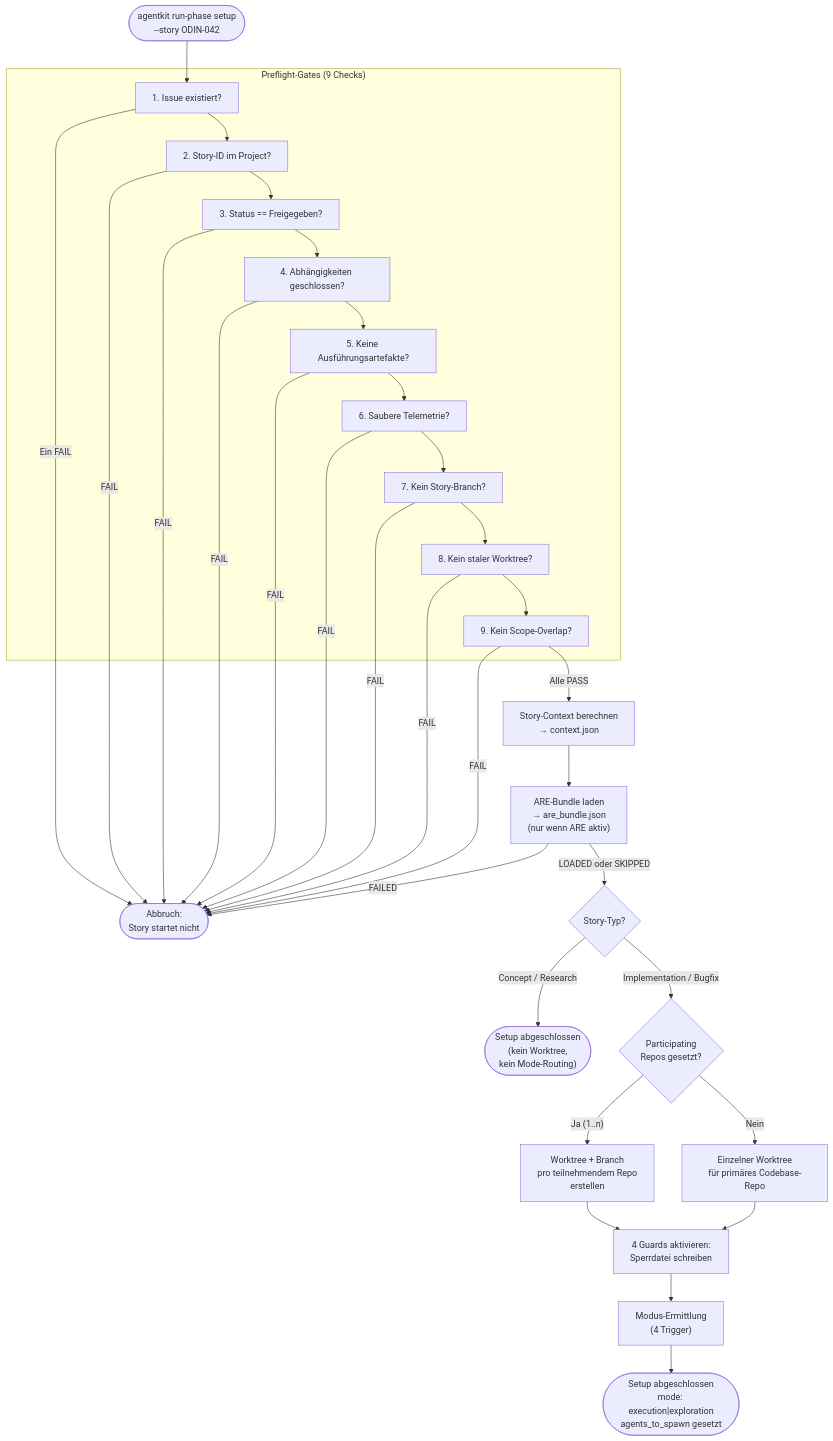
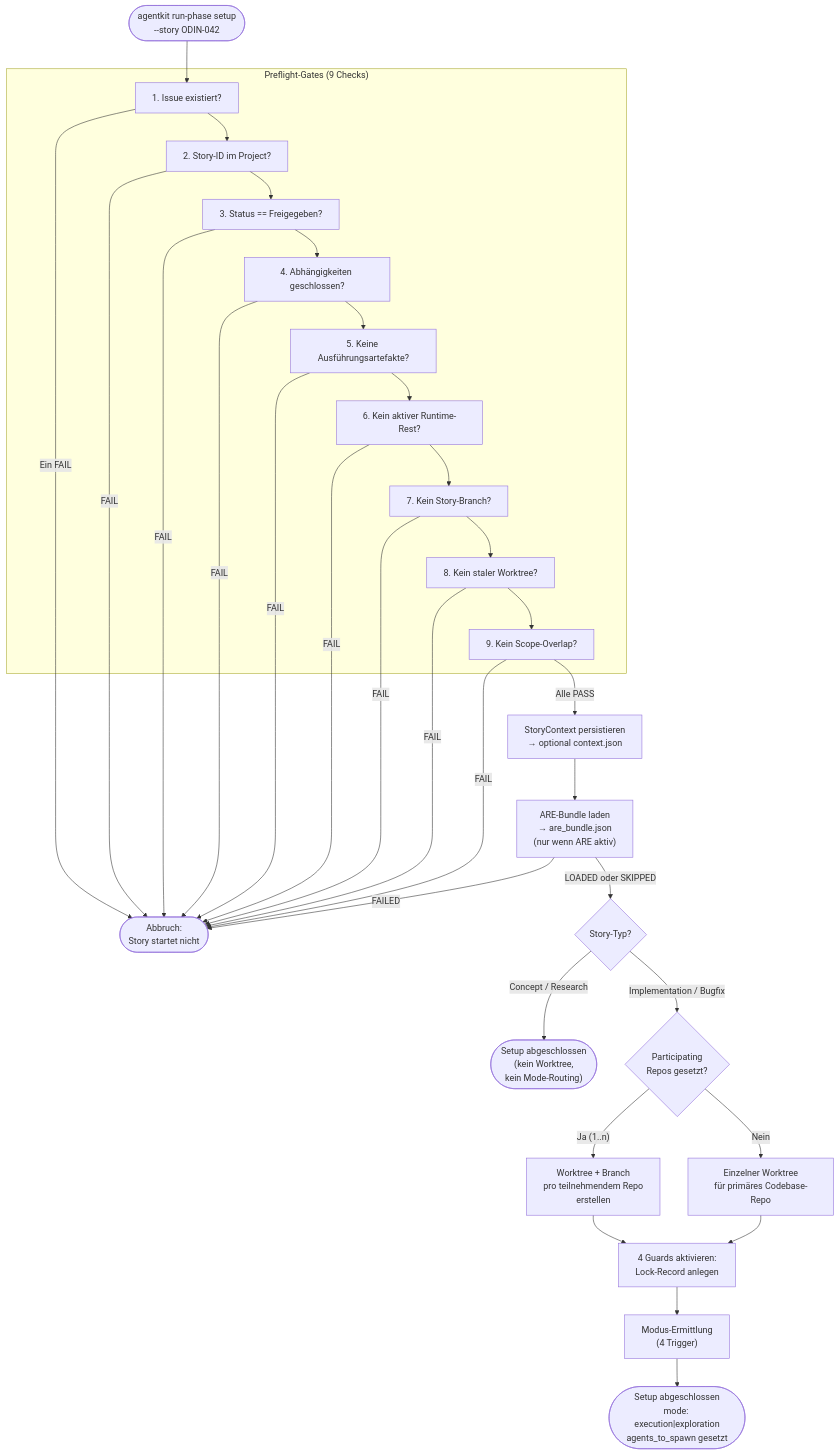
The diagram in concept/technical-design/22_setup_preflight_worktree_guard_activation.md (saltenhof/claude-agentkit3), drawn with Mermaid before and after one commit. The commit also changed other lines of this file and 135 other files, not shown here.

````diff
--- a/concept/technical-design/22_setup_preflight_worktree_guard_activation.md
+++ b/concept/technical-design/22_setup_preflight_worktree_guard_activation.md
@@ -40,44 +40,44 @@
 ```mermaid
 flowchart TD
     START(["agentkit run-phase setup<br/>--story ODIN-042"]) --> PREFLIGHT
 
     subgraph PREFLIGHT_PHASE ["Preflight-Gates (9 Checks)"]
         PREFLIGHT["1. Issue existiert?"]
         PREFLIGHT --> P2["2. Story-ID im Project?"]
         P2 --> P3["3. Status == Freigegeben?"]
         P3 --> P4["4. Abhängigkeiten geschlossen?"]
         P4 --> P5["5. Keine Ausführungsartefakte?"]
-        P5 --> P6["6. Saubere Telemetrie?"]
+        P5 --> P6["6. Kein aktiver Runtime-Rest?"]
         P6 --> P7["7. Kein Story-Branch?"]
         P7 --> P8["8. Kein staler Worktree?"]
         P8 --> P9["9. Kein Scope-Overlap?"]
     end
 
     P9 -->|"Alle PASS"| CONTEXT
     PREFLIGHT -->|"Ein FAIL"| ABORT(["Abbruch:<br/>Story startet nicht"])
     P2 -->|"FAIL"| ABORT
     P3 -->|"FAIL"| ABORT
     P4 -->|"FAIL"| ABORT
     P5 -->|"FAIL"| ABORT
     P6 -->|"FAIL"| ABORT
     P7 -->|"FAIL"| ABORT
     P8 -->|"FAIL"| ABORT
     P9 -->|"FAIL"| ABORT
 
-    CONTEXT["Story-Context berechnen<br/>→ context.json"] --> ARE_BUNDLE["ARE-Bundle laden<br/>→ are_bundle.json<br/>(nur wenn ARE aktiv)"]
+    CONTEXT["StoryContext persistieren<br/>→ optional context.json"] --> ARE_BUNDLE["ARE-Bundle laden<br/>→ are_bundle.json<br/>(nur wenn ARE aktiv)"]
     ARE_BUNDLE -->|"LOADED oder SKIPPED"| TYPCHECK{"Story-Typ?"}
     ARE_BUNDLE -->|"FAILED"| ABORT
 
     TYPCHECK -->|"Concept / Research"| DONE_LIGHT(["Setup abgeschlossen<br/>(kein Worktree,<br/>kein Mode-Routing)"])
 
     TYPCHECK -->|"Implementation / Bugfix"| REPOS
 
     REPOS{"Participating<br/>Repos gesetzt?"}
     REPOS -->|"Ja (1..n)"| MULTI_WT["Worktree + Branch<br/>pro teilnehmendem Repo<br/>erstellen"]
     REPOS -->|"Nein"| SINGLE_WT["Einzelner Worktree<br/>für primäres Codebase-Repo"]
 
-    MULTI_WT --> GUARDS["4 Guards aktivieren:<br/>Sperrdatei schreiben"]
+    MULTI_WT --> GUARDS["4 Guards aktivieren:<br/>Lock-Record anlegen"]
     SINGLE_WT --> GUARDS
     GUARDS --> MODE["Modus-Ermittlung<br/>(4 Trigger)"]
     MODE --> DONE_FULL(["Setup abgeschlossen<br/>mode: execution|exploration<br/>agents_to_spawn gesetzt"])
 ```
````
